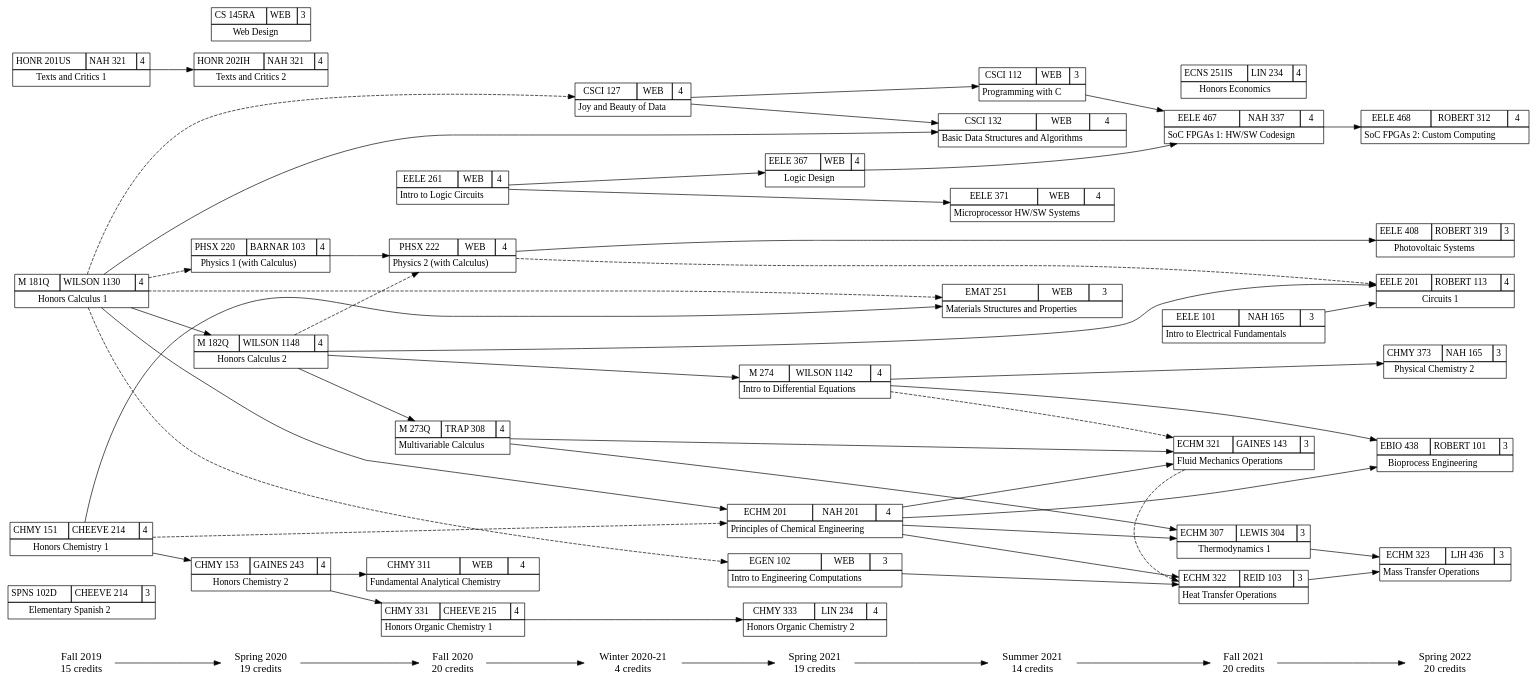
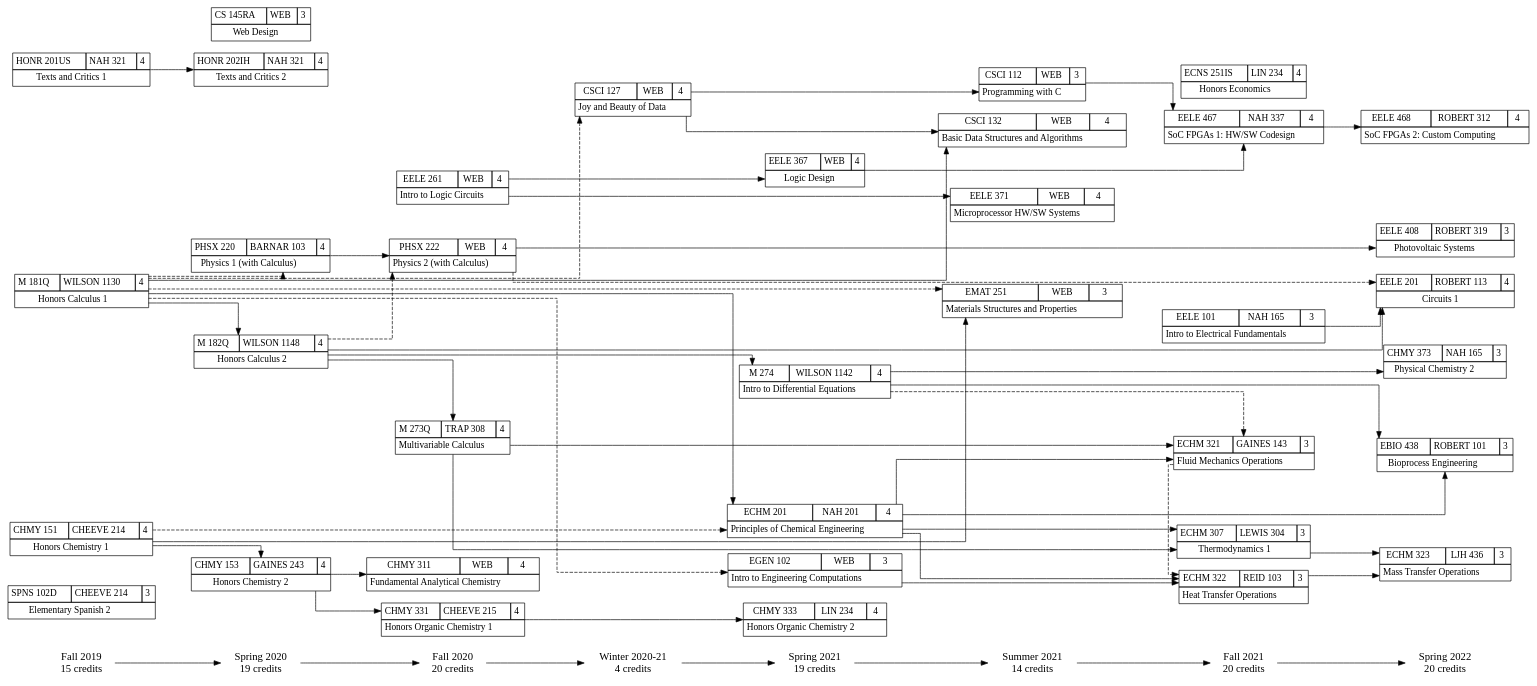
The diagram in courses_current.gv (w-culhane/courses-flowchart), drawn with Graphviz before and after one commit. The commit also changed 2 other files, not shown here.

```diff
--- a/courses_current.gv
+++ b/courses_current.gv
@@ -1,5 +1,5 @@
 digraph current {
-ranksep=.75; rankdir=LR;
+ranksep=.75; rankdir=LR; splines=ortho;
 
 {node [shape=plaintext,fontsize=16];
 	"Fall 2019" -> "Spring 2020"
```
